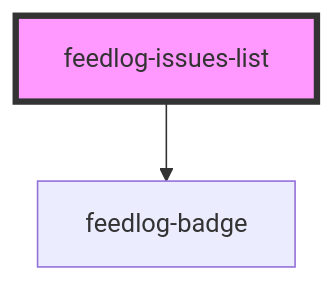
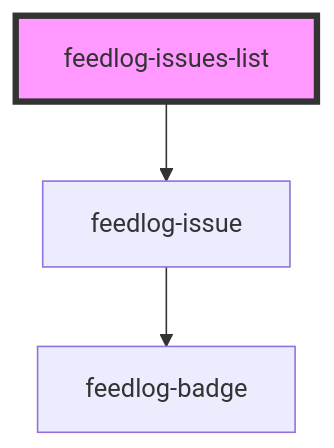
Before and after one commit to FeedlogAI/feedlog-toolkit: the diagram in packages/webcomponents/src/components/feedlog-issues-list/readme.md, drawn with Mermaid. The commit also changed other lines of this file and 18 other files, not shown here.

````diff
--- a/packages/webcomponents/src/components/feedlog-issues-list/readme.md
+++ b/packages/webcomponents/src/components/feedlog-issues-list/readme.md
@@ -34,5 +32,6 @@
 ```mermaid
 graph TD;
-  feedlog-issues-list --> feedlog-badge
+  feedlog-issues-list --> feedlog-issue
+  feedlog-issue --> feedlog-badge
   style feedlog-issues-list fill:#f9f,stroke:#333,stroke-width:4px
 ```
````
